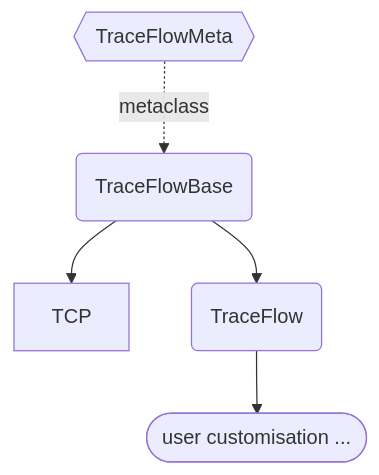
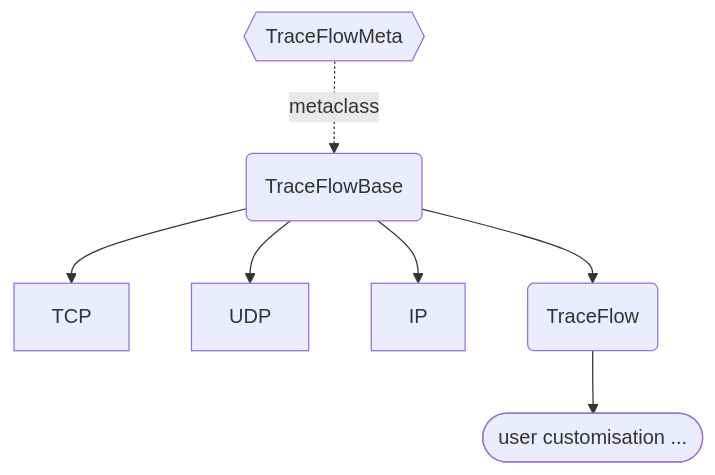
One commit to JarryShaw/PyPCAPKit changed the diagram in docs/source/pcapkit/foundation/traceflow/index.rst. Above: the diagram before and after it, drawn with Mermaid. The commit also changed other lines of this file and 58 other files, not shown here.

First line of the commit message:
feat(foundation)!: trace UDP and IP conversations as flows (#2956)

```diff
--- a/docs/source/pcapkit/foundation/traceflow/index.rst
+++ b/docs/source/pcapkit/foundation/traceflow/index.rst
@@ -28,16 +30,20 @@
 .. mermaid::
 
    flowchart TD
        A{{TraceFlowMeta}} -.->|metaclass| B(TraceFlowBase)
 
        B --> TCP
+       B --> UDP
+       B --> IP
 
        B --> C(TraceFlow)
        C --> D([user customisation ...])
 
        click A "traceflow.html#pcapkit.foundation.traceflow.traceflow.TraceFlowMeta"
        click B "traceflow.html#pcapkit.foundation.traceflow.traceflow.TraceFlowBase"
        click C "traceflow.html#pcapkit.foundation.traceflow.traceflow.TraceFlow"
        click D "../../../ext.html#reassembly-and-flow-tracing"
 
        click TCP "tcp.html#pcapkit.foundation.traceflow.tcp.traceflow.TCP"
+       click UDP "udp.html#pcapkit.foundation.traceflow.udp.traceflow.UDP"
+       click IP "ip.html#pcapkit.foundation.traceflow.ip.traceflow.IP"
```
